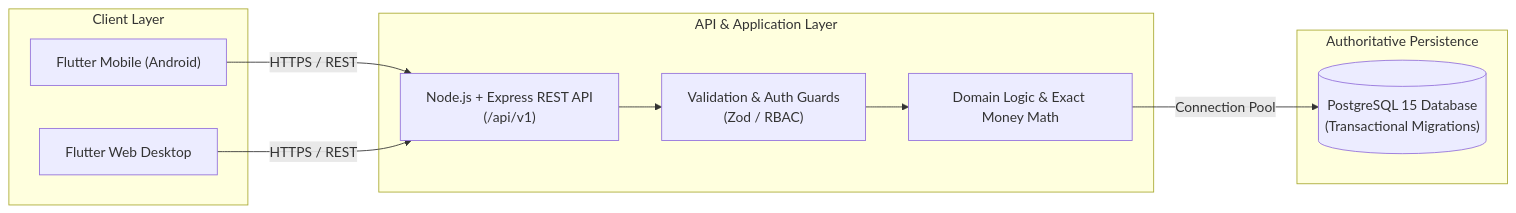
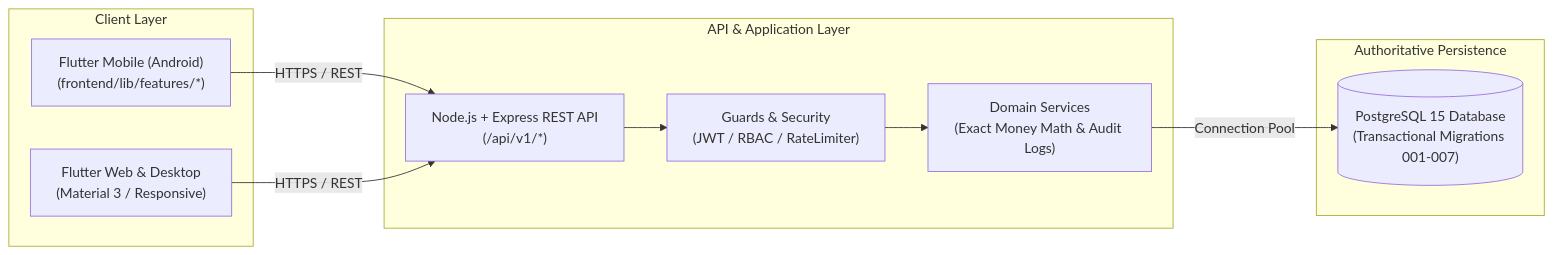
Before and after one commit to PiyushOrke2007/EatFirm: the diagram in README.md, drawn with Mermaid. The commit also changed other lines of this file and 34 other files, not shown here.

````diff
--- a/README.md
+++ b/README.md
@@ -44,23 +47,23 @@
 ```mermaid
 flowchart LR
     subgraph ClientLayer [Client Layer]
-        A["Flutter Mobile (Android)"]
-        B["Flutter Web Desktop"]
+        A["Flutter Mobile (Android)\n(frontend/lib/features/*)"]
+        B["Flutter Web & Desktop\n(Material 3 / Responsive)"]
     end
 
     subgraph APILayer [API & Application Layer]
-        C["Node.js + Express REST API\n(/api/v1)"]
-        D["Validation & Auth Guards\n(Zod / RBAC)"]
-        E["Domain Logic & Exact Money Math"]
+        C["Node.js + Express REST API\n(/api/v1/*)"]
+        D["Guards & Security\n(JWT / RBAC / RateLimiter)"]
+        E["Domain Services\n(Exact Money Math & Audit Logs)"]
     end
 
     subgraph DataLayer [Authoritative Persistence]
-        F[("PostgreSQL 15 Database\n(Transactional Migrations)")]
+        F[("PostgreSQL 15 Database\n(Transactional Migrations 001-007)")]
     end
 
     A -->|HTTPS / REST| C
     B -->|HTTPS / REST| C
     C --> D
     D --> E
     E -->|Connection Pool| F
 ```
````
